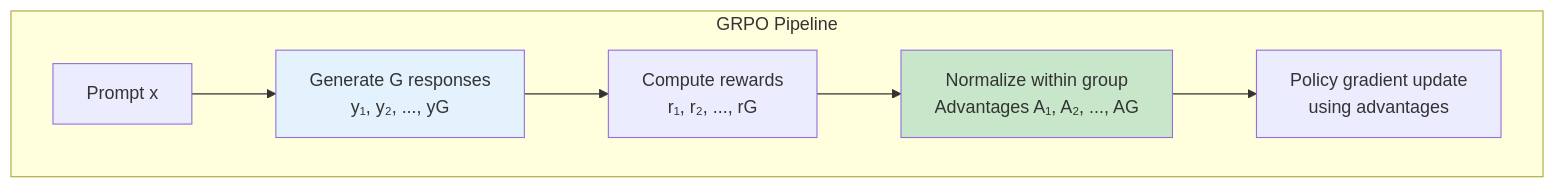
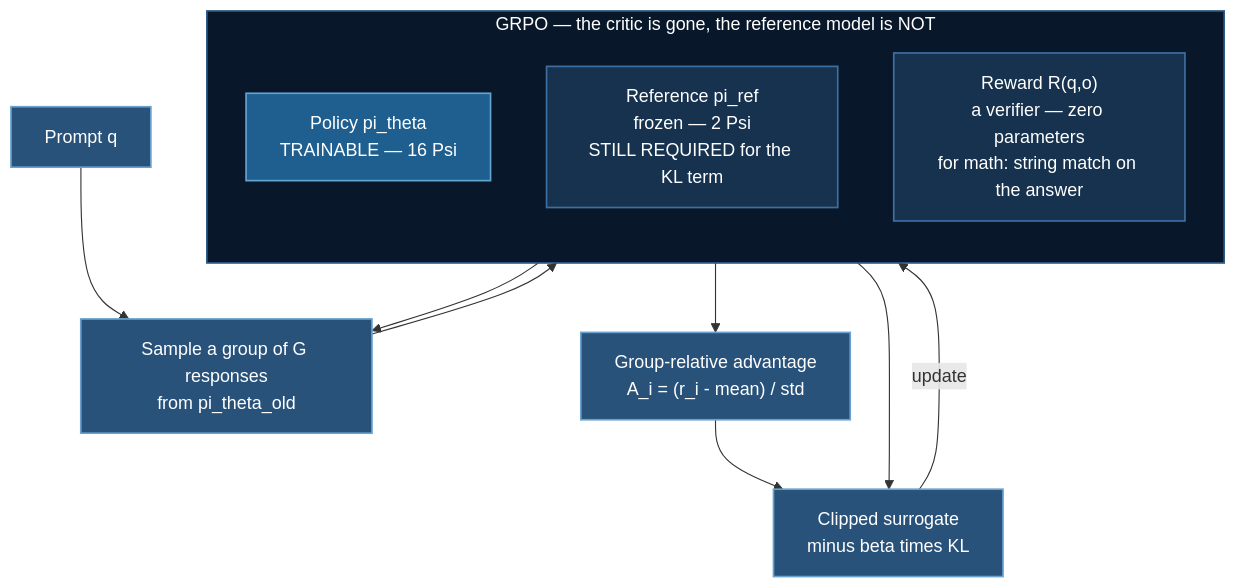
Before and after one commit to yiqiao-yin/deepspeed-course: the third of 5 diagrams in docusaurus-docs/docs/tutorials/huggingface/grpo-training.md, drawn with Mermaid. The commit also changed other lines of this file and 12 other files, not shown here.

````diff
--- a/docusaurus-docs/docs/tutorials/huggingface/grpo-training.md
+++ b/docusaurus-docs/docs/tutorials/huggingface/grpo-training.md
@@ -158,18 +191,26 @@
 ```mermaid
-graph TB
-    subgraph "GRPO Pipeline"
-        PROMPT["Prompt x"]
-        GEN["Generate G responses<br/>y₁, y₂, ..., yG"]
-        REWARD["Compute rewards<br/>r₁, r₂, ..., rG"]
-        NORM["Normalize within group<br/>Advantages A₁, A₂, ..., AG"]
-        UPDATE["Policy gradient update<br/>using advantages"]
-
-        PROMPT --> GEN
-        GEN --> REWARD
-        REWARD --> NORM
-        NORM --> UPDATE
+flowchart TB
+    subgraph GRPOSYS["GRPO — the critic is gone, the reference model is NOT"]
+        direction TB
+        POLICY["Policy pi_theta<br/>TRAINABLE — 16 Psi"]
+        REF["Reference pi_ref<br/>frozen — 2 Psi<br/>STILL REQUIRED for the KL term"]
+        VERIF["Reward R(q,o)<br/>a verifier — zero parameters<br/>for math: string match on the answer"]
     end
 
-    style GEN fill:#e3f2fd
-    style NORM fill:#c8e6c9
+    Q["Prompt q"] --> GEN["Sample a group of G responses<br/>from pi_theta_old"]
+    GEN --> VERIF
+    VERIF --> NORM["Group-relative advantage<br/>A_i = (r_i - mean) / std"]
+    NORM --> LOSS["Clipped surrogate<br/>minus beta times KL"]
+    REF --> LOSS
+    LOSS -->|"update"| POLICY
+    POLICY --> GEN
+
+    classDef deep fill:#08182a,stroke:#2d5a86,stroke-width:1.5px,color:#ffffff
+    classDef base fill:#16324f,stroke:#3f6f9f,stroke-width:1.5px,color:#ffffff
+    classDef steel fill:#28527a,stroke:#6aa2cd,stroke-width:1.5px,color:#ffffff
+    classDef bright fill:#1e5f8f,stroke:#63a3d0,stroke-width:1.5px,color:#ffffff
+    class POLICY bright
+    class REF,VERIF base
+    class Q,GEN,NORM,LOSS steel
+    class GRPOSYS deep
 ```
````
